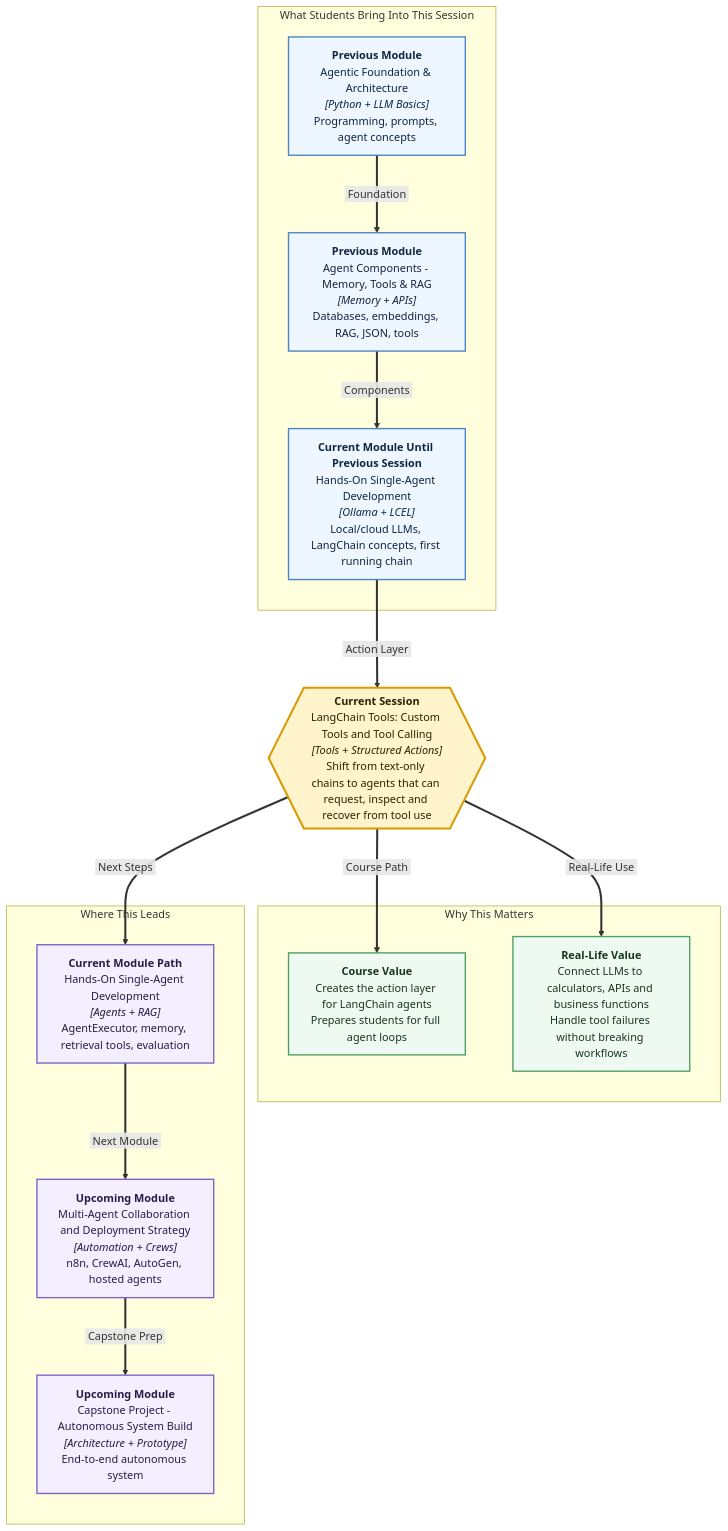
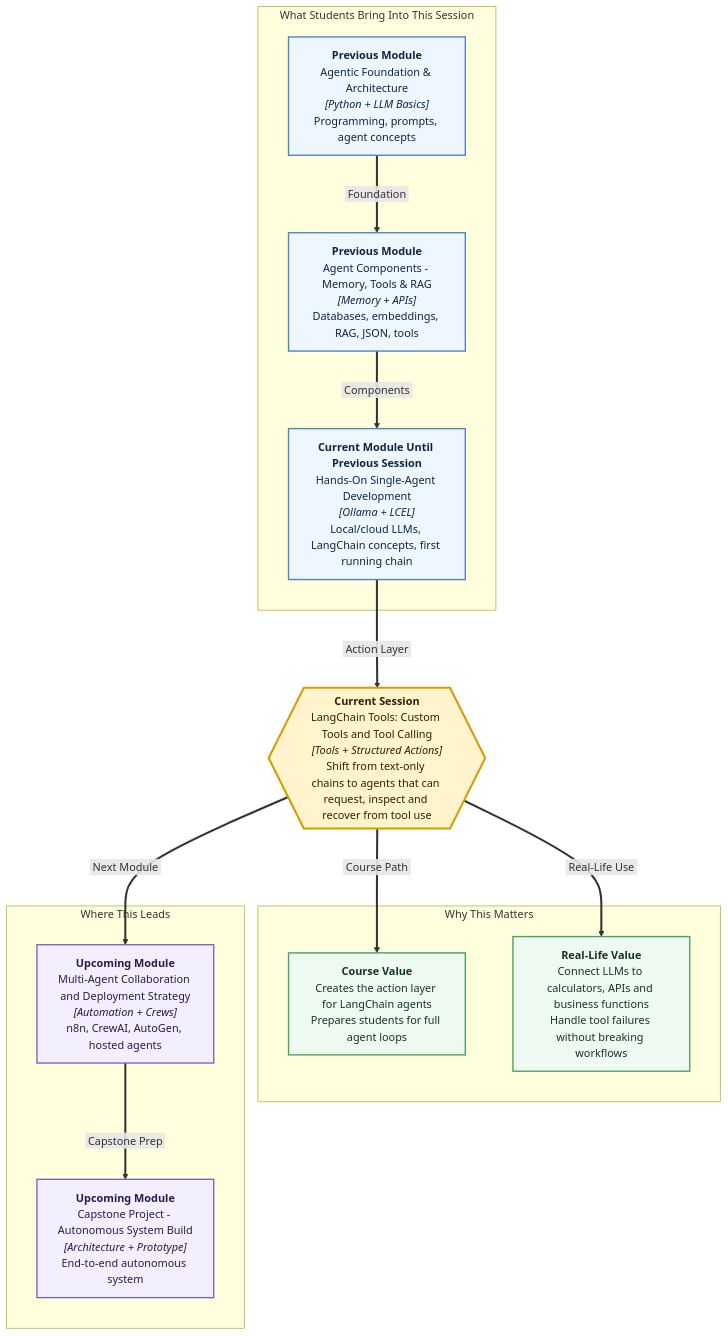
Before and after one commit to ABVenu/IIT_Sessions_Content: the diagram in iitr-as-260313/Module 3/Session28/Mental Map.md, drawn with Mermaid. The commit also changed 2 other files, not shown here.

Commit message:
260313 preread

````diff
--- a/iitr-as-260313/Module 3/Session28/Mental Map.md
+++ b/iitr-as-260313/Module 3/Session28/Mental Map.md
@@ -1,42 +1,40 @@
 ```mermaid
 %%{init: {"flowchart": {"nodeSpacing": 70, "rankSpacing": 90, "diagramPadding": 24}} }%%
 flowchart TB
   subgraph Foundation["What Students Bring Into This Session"]
     M1["<b>Previous Module</b><br/>Agentic Foundation & Architecture<br/><i>[Python + LLM Basics]</i><br/>Programming, prompts, agent concepts"]
     M2["<b>Previous Module</b><br/>Agent Components - Memory, Tools & RAG<br/><i>[Memory + APIs]</i><br/>Databases, embeddings, RAG, JSON, tools"]
     CM["<b>Current Module Until Previous Session</b><br/>Hands-On Single-Agent Development<br/><i>[Ollama + LCEL]</i><br/>Local/cloud LLMs, LangChain concepts, first running chain"]
   end
 
   CS{{"<b>Current Session</b><br/>LangChain Tools: Custom Tools and Tool Calling<br/><i>[Tools + Structured Actions]</i><br/>Shift from text-only chains to agents that can request, inspect and recover from tool use"}}
 
   subgraph Value["Why This Matters"]
     CV["<b>Course Value</b><br/>Creates the action layer for LangChain agents<br/>Prepares students for full agent loops"]
     RV["<b>Real-Life Value</b><br/>Connect LLMs to calculators, APIs and business functions<br/>Handle tool failures without breaking workflows"]
   end
 
   subgraph Future["Where This Leads"]
-    F3["<b>Current Module Path</b><br/>Hands-On Single-Agent Development<br/><i>[Agents + RAG]</i><br/>AgentExecutor, memory, retrieval tools, evaluation"]
     F4["<b>Upcoming Module</b><br/>Multi-Agent Collaboration and Deployment Strategy<br/><i>[Automation + Crews]</i><br/>n8n, CrewAI, AutoGen, hosted agents"]
     F5["<b>Upcoming Module</b><br/>Capstone Project - Autonomous System Build<br/><i>[Architecture + Prototype]</i><br/>End-to-end autonomous system"]
   end
 
   M1 ==>|&nbsp;Foundation&nbsp;| M2
   M2 ==>|&nbsp;Components&nbsp;| CM
   CM ==>|&nbsp;Action Layer&nbsp;| CS
   CS ==>|&nbsp;Course Path&nbsp;| CV
   CS ==>|&nbsp;Real-Life Use&nbsp;| RV
-  CS ==>|&nbsp;Next Steps&nbsp;| F3
-  F3 ==>|&nbsp;Next Module&nbsp;| F4
+  CS ==>|&nbsp;Next Module&nbsp;| F4
   F4 ==>|&nbsp;Capstone Prep&nbsp;| F5
 
   classDef previous fill:#eef6ff,stroke:#4b83c3,stroke-width:2px,color:#0f2540;
   classDef current fill:#fff4cc,stroke:#d99a00,stroke-width:3px,color:#2d2100;
   classDef value fill:#eefaf1,stroke:#4c9f63,stroke-width:2px,color:#16351f;
   classDef future fill:#f4efff,stroke:#7b61c8,stroke-width:2px,color:#261c45;
 
   class M1,M2,CM previous;
   class CS current;
   class CV,RV value;
-  class F3,F4,F5 future;
+  class F4,F5 future;
   linkStyle default stroke-width:3px;
 ```
````
